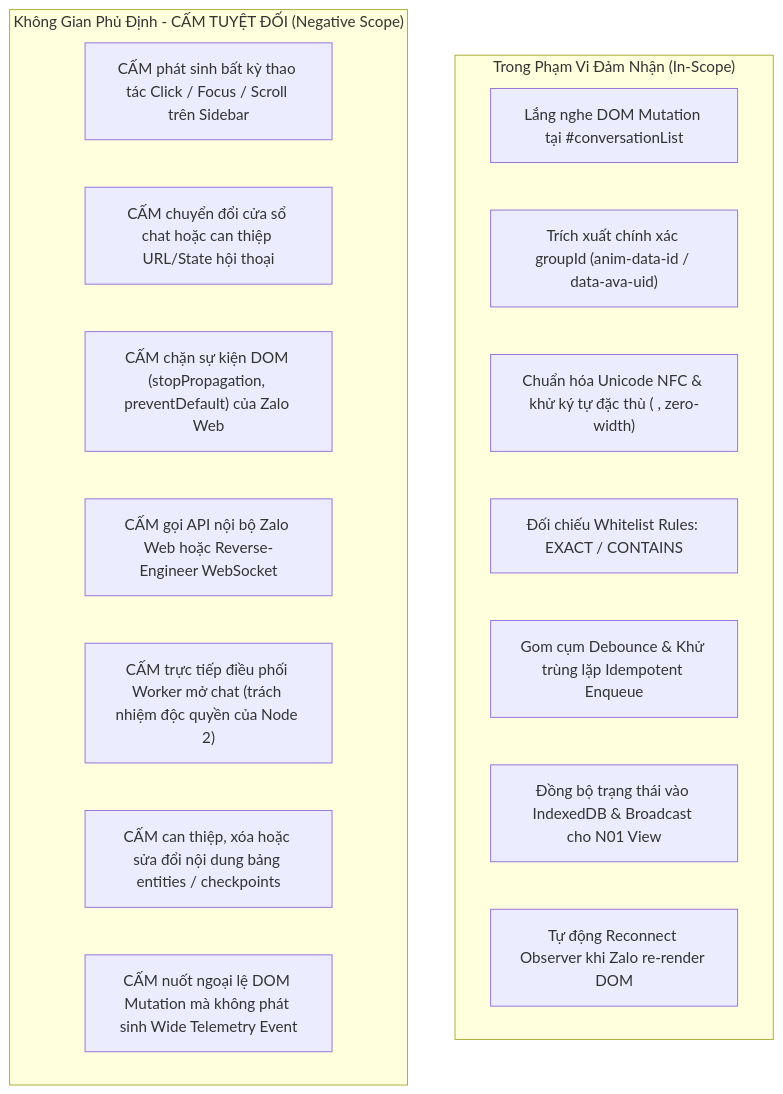
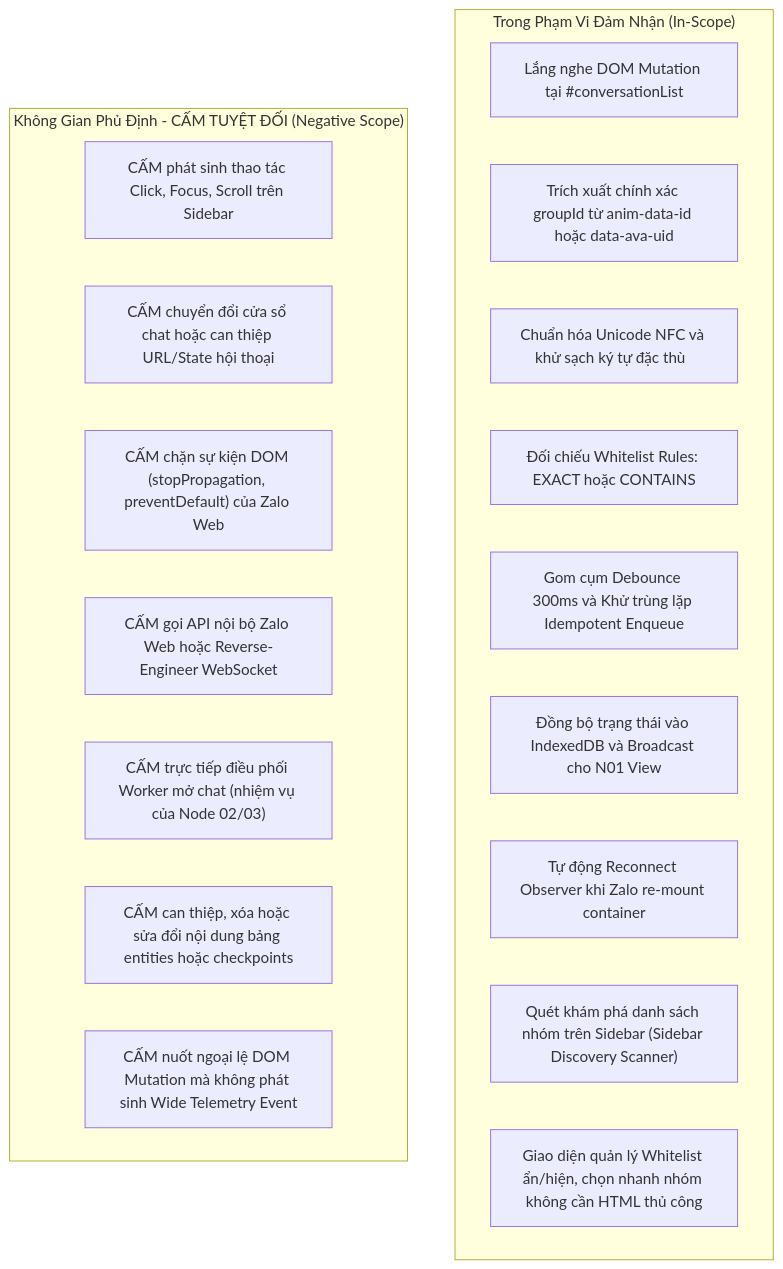
One commit to vuthuonghai-steve/auto-rep-zalo changed the first of 4 diagrams in Docs/Start-node/01_sidebar_observer_node.md. Above: the diagram before and after it, drawn with Mermaid. The commit also changed other lines of this file and 10 other files, not shown here.

````diff
--- a/Docs/Start-node/01_sidebar_observer_node.md
+++ b/Docs/Start-node/01_sidebar_observer_node.md
@@ -35,22 +92,24 @@
 ```mermaid
-graph TD
+flowchart TD
     subgraph IN_SCOPE["Trong Phạm Vi Đảm Nhận (In-Scope)"]
         S1["Lắng nghe DOM Mutation tại #conversationList"]
-        S2["Trích xuất chính xác groupId (anim-data-id / data-ava-uid)"]
-        S3["Chuẩn hóa Unicode NFC & khử ký tự đặc thù (&nbsp;, zero-width)"]
-        S4["Đối chiếu Whitelist Rules: EXACT / CONTAINS"]
-        S5["Gom cụm Debounce & Khử trùng lặp Idempotent Enqueue"]
-        S6["Đồng bộ trạng thái vào IndexedDB & Broadcast cho N01 View"]
-        S7["Tự động Reconnect Observer khi Zalo re-render DOM"]
+        S2["Trích xuất chính xác groupId từ anim-data-id hoặc data-ava-uid"]
+        S3["Chuẩn hóa Unicode NFC và khử sạch ký tự đặc thù &nbsp;"]
+        S4["Đối chiếu Whitelist Rules: EXACT hoặc CONTAINS"]
+        S5["Gom cụm Debounce 300ms và Khử trùng lặp Idempotent Enqueue"]
+        S6["Đồng bộ trạng thái vào IndexedDB và Broadcast cho N01 View"]
+        S7["Tự động Reconnect Observer khi Zalo re-mount container"]
+        S8["Quét khám phá danh sách nhóm trên Sidebar (Sidebar Discovery Scanner)"]
+        S9["Giao diện quản lý Whitelist ẩn/hiện, chọn nhanh nhóm không cần HTML thủ công"]
     end
 
     subgraph NEGATIVE_SCOPE["Không Gian Phủ Định - CẤM TUYỆT ĐỐI (Negative Scope)"]
-        N1["CẤM phát sinh bất kỳ thao tác Click / Focus / Scroll trên Sidebar"]
+        N1["CẤM phát sinh thao tác Click, Focus, Scroll trên Sidebar"]
         N2["CẤM chuyển đổi cửa sổ chat hoặc can thiệp URL/State hội thoại"]
         N3["CẤM chặn sự kiện DOM (stopPropagation, preventDefault) của Zalo Web"]
         N4["CẤM gọi API nội bộ Zalo Web hoặc Reverse-Engineer WebSocket"]
-        N5["CẤM trực tiếp điều phối Worker mở chat (trách nhiệm độc quyền của Node 2)"]
-        N6["CẤM can thiệp, xóa hoặc sửa đổi nội dung bảng entities / checkpoints"]
+        N5["CẤM trực tiếp điều phối Worker mở chat (nhiệm vụ của Node 02/03)"]
+        N6["CẤM can thiệp, xóa hoặc sửa đổi nội dung bảng entities hoặc checkpoints"]
         N7["CẤM nuốt ngoại lệ DOM Mutation mà không phát sinh Wide Telemetry Event"]
     end
 ```
````
